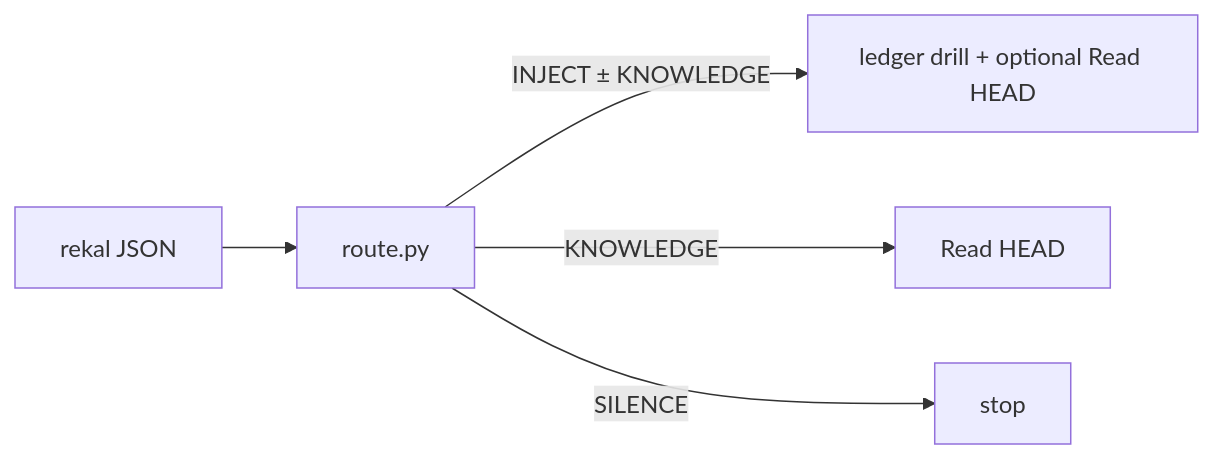
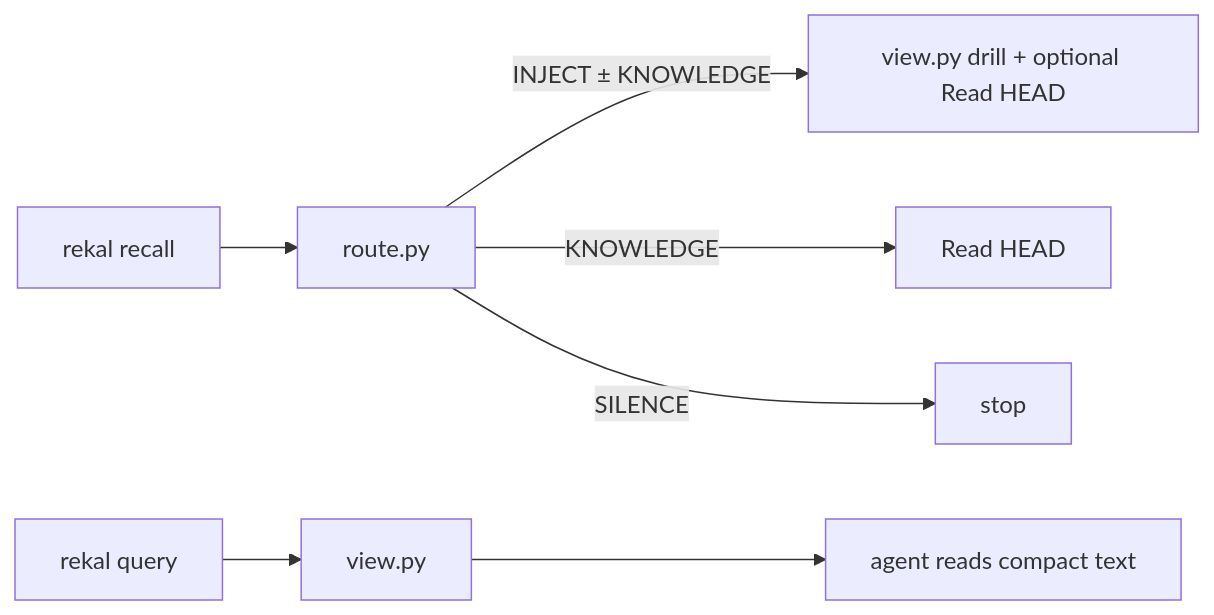
Before and after one commit to rekal-dev/rekal-cli: the diagram in cmd/rekal/cli/skill/skills/rekal/references/reference.md, drawn with Mermaid. The commit also changed other lines of this file and 5 other files, not shown here.

First line of the commit message:
skill: pipe all rekal through compressors; knowledge report floor

````diff
--- a/cmd/rekal/cli/skill/skills/rekal/references/reference.md
+++ b/cmd/rekal/cli/skill/skills/rekal/references/reference.md
@@ -61,7 +65,9 @@
 ```mermaid
 flowchart LR
-  j["rekal JSON"] --> rr["route.py"]
-  rr -->|INJECT ± KNOWLEDGE| i["ledger drill + optional Read HEAD"]
+  r["rekal recall"] --> rr["route.py"]
+  q["rekal query"] --> v["view.py"]
+  rr -->|INJECT ± KNOWLEDGE| i["view.py drill + optional Read HEAD"]
   rr -->|KNOWLEDGE| k["Read HEAD"]
   rr -->|SILENCE| s["stop"]
+  v --> a["agent reads compact text"]
 ```
````
